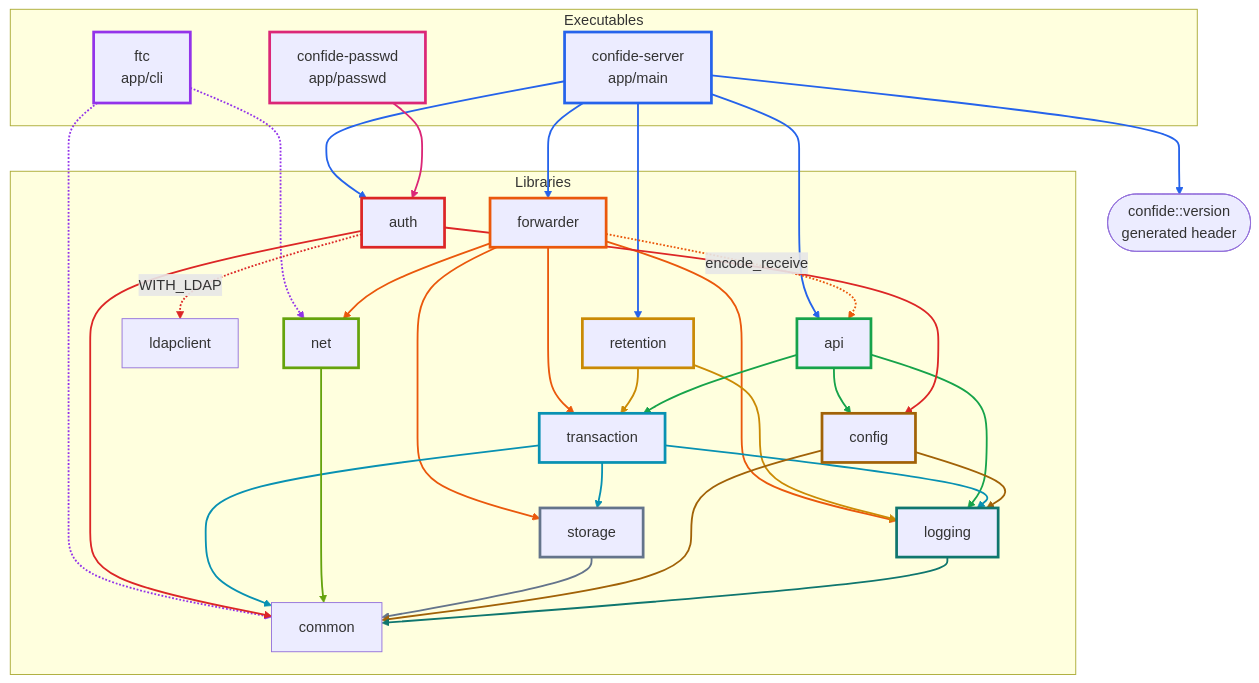
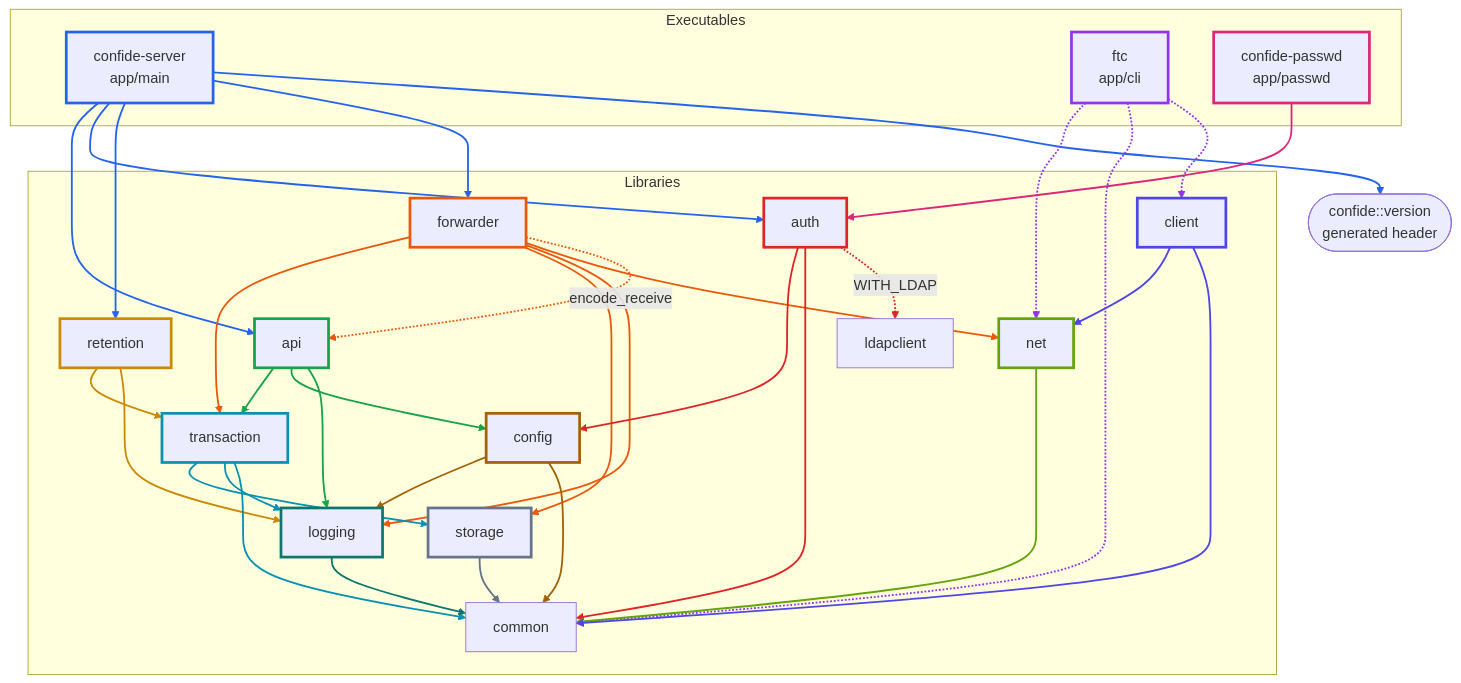
Before and after one commit to Z1nK/ot-SecFileTransfer: the first of 2 diagrams in implementation_details.md, drawn with Mermaid. The commit also changed other lines of this file and 142 other files, not shown here.

````diff
--- a/implementation_details.md
+++ b/implementation_details.md
@@ -72,6 +72,7 @@
     end
 
     subgraph libs[Libraries]
+        client
         forwarder
         retention
         api
@@ -123,6 +124,10 @@
     config --> common
     logging --> common
 
+    ftc -.-> client
+    client --> net
+    client --> common
+
     %% Arrow and border color = the target the arrow starts from.
     %% linkStyle counts arrows in the order declared above (from 0):
     %% adding or removing one shifts the numbers after it.
@@ -138,6 +143,8 @@
     linkStyle 25 stroke:#64748b,stroke-width:2px
     linkStyle 26,27 stroke:#a16207,stroke-width:2px
     linkStyle 28 stroke:#0f766e,stroke-width:2px
+    linkStyle 29 stroke:#9333ea,stroke-width:2px
+    linkStyle 30,31 stroke:#4f46e5,stroke-width:2px
     style server stroke:#2563eb,stroke-width:3px
     style ftc stroke:#9333ea,stroke-width:3px
     style passwd stroke:#db2777,stroke-width:3px
@@ -150,4 +157,5 @@
     style storage stroke:#64748b,stroke-width:3px
     style config stroke:#a16207,stroke-width:3px
     style logging stroke:#0f766e,stroke-width:3px
+    style client stroke:#4f46e5,stroke-width:3px
 ```
````
